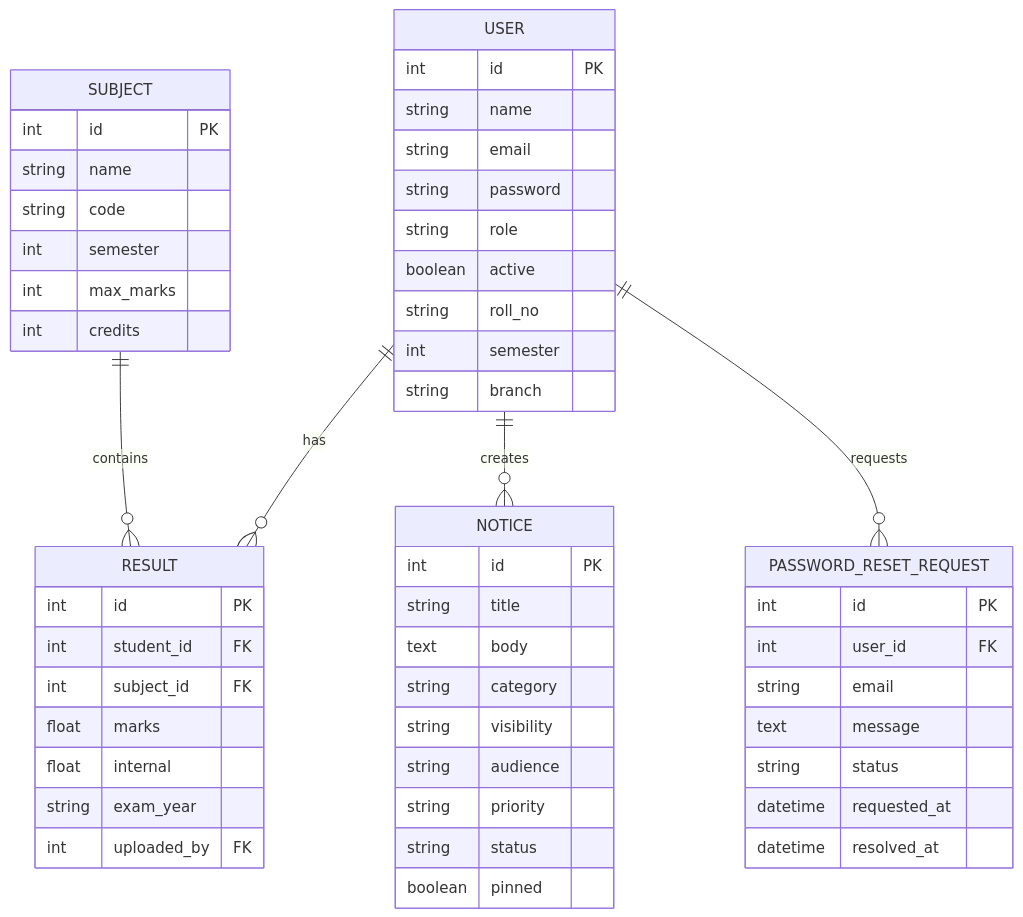
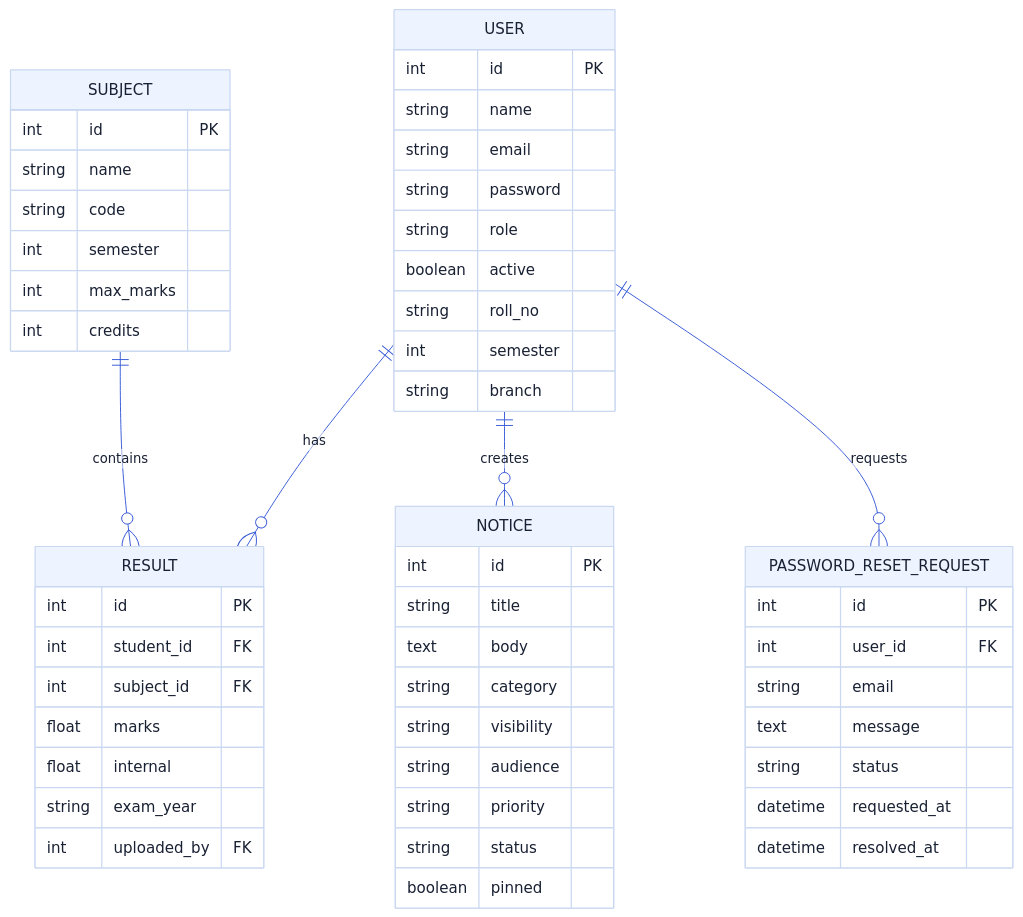
The fourth of 7 diagrams in README.md (aniket-nihal/MCA-Result-Portal), drawn with Mermaid before and after one commit. The commit also changed other lines of this file, not shown here.

````diff
--- a/README.md
+++ b/README.md
@@ -125,60 +171,61 @@
 ```mermaid
+%%{init: {'theme': 'base', 'themeVariables': { 'primaryColor': '#eef4ff', 'primaryTextColor': '#182033', 'lineColor': '#3558d7', 'entityBkg': '#dbeafe', 'entityBorder': '#2563eb', 'fontFamily': 'Arial' }}}%%
 erDiagram
     USER ||--o{ RESULT : has
     SUBJECT ||--o{ RESULT : contains
     USER ||--o{ NOTICE : creates
     USER ||--o{ PASSWORD_RESET_REQUEST : requests
 
     USER {
         int id PK
         string name
         string email
         string password
         string role
         boolean active
         string roll_no
         int semester
         string branch
     }
 
     SUBJECT {
         int id PK
         string name
         string code
         int semester
         int max_marks
         int credits
     }
 
     RESULT {
         int id PK
         int student_id FK
         int subject_id FK
         float marks
         float internal
         string exam_year
         int uploaded_by FK
     }
 
     NOTICE {
         int id PK
         string title
         text body
         string category
         string visibility
         string audience
         string priority
         string status
         boolean pinned
     }
 
     PASSWORD_RESET_REQUEST {
         int id PK
         int user_id FK
         string email
         text message
         string status
         datetime requested_at
         datetime resolved_at
     }
 ```
````
